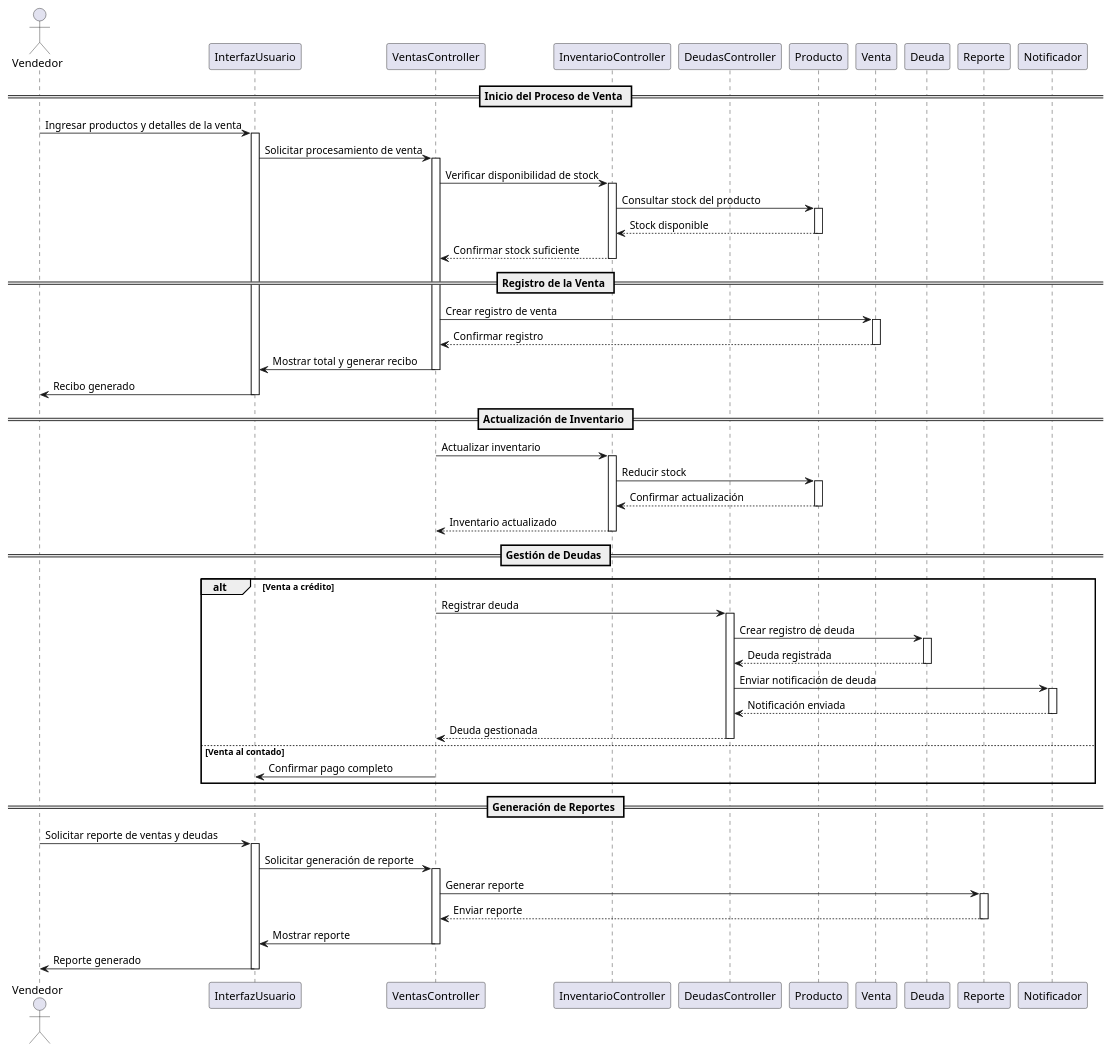
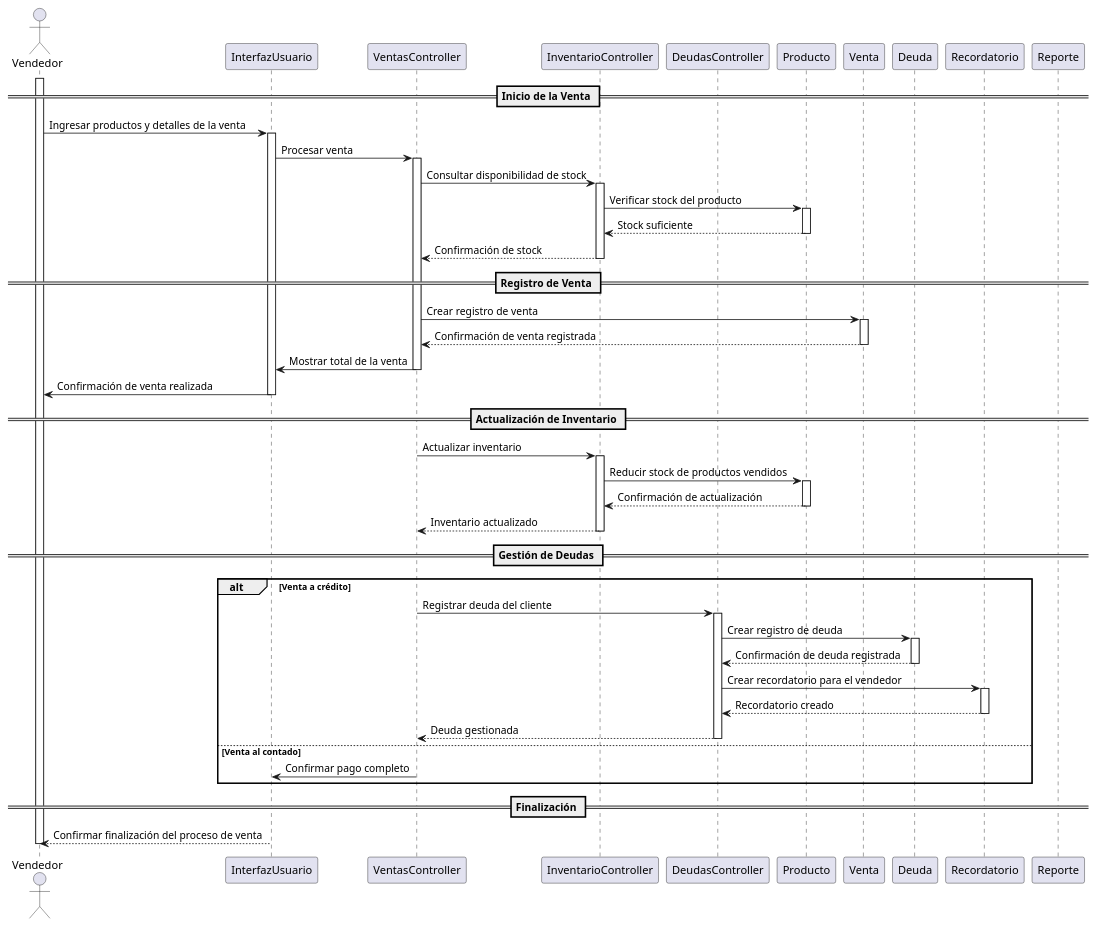
Before and after one commit to OverCV/Portable: the diagram in docs/sequence.plantuml, drawn with PlantUML. The commit also changed other lines of this file and 10 other files, not shown here.

```diff
--- a/docs/sequence.plantuml
+++ b/docs/sequence.plantuml
@@ -94,79 +1,98 @@
 @startuml
 actor Vendedor
 participant "InterfazUsuario" as UI
 participant "VentasController" as VC
 participant "InventarioController" as IC
 participant "DeudasController" as DC
 participant "Producto" as P
 participant "Venta" as V
 participant "Deuda" as D
-participant "Reporte" as R
-participant "Notificador" as N
+participant "Recordatorio" as R
+participant "Reporte" as Rep
 
-== Inicio del Proceso de Venta ==
+== Inicio de la Venta ==
+activate Vendedor
 Vendedor -> UI : Ingresar productos y detalles de la venta
 activate UI
-UI -> VC : Solicitar procesamiento de venta
+UI -> VC : Procesar venta
 activate VC
-VC -> IC : Verificar disponibilidad de stock
+VC -> IC : Consultar disponibilidad de stock
 activate IC
-IC -> P : Consultar stock del producto
+IC -> P : Verificar stock del producto
 activate P
-P --> IC : Stock disponible
+P --> IC : Stock suficiente
 deactivate P
-IC --> VC : Confirmar stock suficiente
+IC --> VC : Confirmación de stock
 deactivate IC
 
-== Registro de la Venta ==
+== Registro de Venta ==
 VC -> V : Crear registro de venta
 activate V
-V --> VC : Confirmar registro
+V --> VC : Confirmación de venta registrada
 deactivate V
-VC -> UI : Mostrar total y generar recibo
+VC -> UI : Mostrar total de la venta
 deactivate VC
-UI -> Vendedor : Recibo generado
+UI -> Vendedor : Confirmación de venta realizada
 deactivate UI
 
 == Actualización de Inventario ==
 VC -> IC : Actualizar inventario
 activate IC
-IC -> P : Reducir stock
+IC -> P : Reducir stock de productos vendidos
 activate P
-P --> IC : Confirmar actualización
+P --> IC : Confirmación de actualización
 deactivate P
 IC --> VC : Inventario actualizado
 deactivate IC
 
 == Gestión de Deudas ==
 alt Venta a crédito
-    VC -> DC : Registrar deuda
+    VC -> DC : Registrar deuda del cliente
     activate DC
     DC -> D : Crear registro de deuda
     activate D
-    D --> DC : Deuda registrada
+    D --> DC : Confirmación de deuda registrada
     deactivate D
-    DC -> N : Enviar notificación de deuda
-    activate N
-    N --> DC : Notificación enviada
-    deactivate N
+    DC -> R : Crear recordatorio para el vendedor
+    activate R
+    R --> DC : Recordatorio creado
+    deactivate R
     DC --> VC : Deuda gestionada
     deactivate DC
 else Venta al contado
     VC -> UI : Confirmar pago completo
 end
 
-== Generación de Reportes ==
-Vendedor -> UI : Solicitar reporte de ventas y deudas
-activate UI
-UI -> VC : Solicitar generación de reporte
-activate VC
-VC -> R : Generar reporte
-activate R
-R --> VC : Enviar reporte
-deactivate R
-VC -> UI : Mostrar reporte
-deactivate VC
-UI -> Vendedor : Reporte generado
-deactivate UI
+' == Generación de Reportes ==
+' Vendedor -> UI : Generación de reporte de ventas y deudas
+' activate UI
+' UI -> VC : Solicitar generación de reporte de ventas
+' activate VC
+' VC -> V : Extraer datos de ventas
+' V --> VC : Datos extraídos
+' VC -> Rep : Generar reporte de ventas
+' activate Rep
+' Rep --> VC : Reporte de ventas generado
+' deactivate Rep
 
+' UI -> VC : Solicitar generación de reporte de deudas
+' VC -> DC : Solicitar datos de deudas
+' activate DC
+' DC -> D : Extraer datos de deudas
+' D --> DC : Datos de deudas extraídos
+' deactivate D
+' DC --> VC : Datos de deudas enviados
+' VC -> Rep : Generar reporte de deudas
+' activate Rep
+' Rep --> VC : Reporte de deudas generado
+' deactivate Rep
+
+' VC -> UI : Mostrar reportes generados al vendedor
+' deactivate VC
+' UI -> Vendedor : Reportes generados
+' deactivate UI
+
+== Finalización ==
+UI --> Vendedor : Confirmar finalización del proceso de venta
+deactivate Vendedor
 @enduml
```
